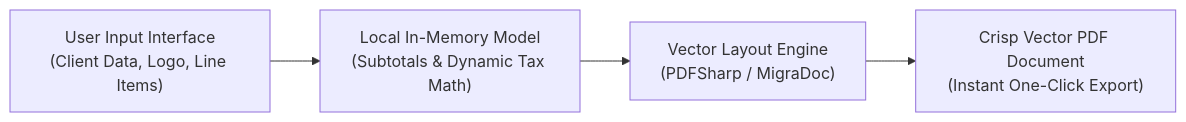
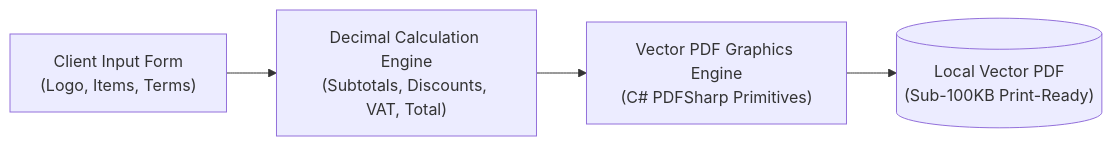
Before and after one commit to oaonuraksoy/oaonuraksoy: the diagram in src/content/broadcasts/en/oateklif-ucretsiz-teklif-olusturucu.md, drawn with Mermaid. The commit also changed other lines of this file and 28 other files, not shown here.

Commit message:
feat(broadcasts): humanize 10 video case studies, add vault assets, webp covers and faqpage schema

````diff
--- a/src/content/broadcasts/en/oateklif-ucretsiz-teklif-olusturucu.md
+++ b/src/content/broadcasts/en/oateklif-ucretsiz-teklif-olusturucu.md
@@ -32,6 +48,6 @@
 ```mermaid
 flowchart LR
-    UI["User Input Interface<br/>(Client Data, Logo, Line Items)"] --> Model["Local In-Memory Model<br/>(Subtotals & Dynamic Tax Math)"]
-    Model --> Engine["Vector Layout Engine<br/>(PDFSharp / MigraDoc)"]
-    Engine --> PDF["Crisp Vector PDF Document<br/>(Instant One-Click Export)"]
+    Input["Client Input Form<br/>(Logo, Items, Terms)"] --> Math["Decimal Calculation Engine<br/>(Subtotals, Discounts, VAT, Total)"]
+    Math --> Vector["Vector PDF Graphics Engine<br/>(C# PDFSharp Primitives)"]
+    Vector --> Disk[("Local Vector PDF<br/>(Sub-100KB Print-Ready)")]
 ```
````
